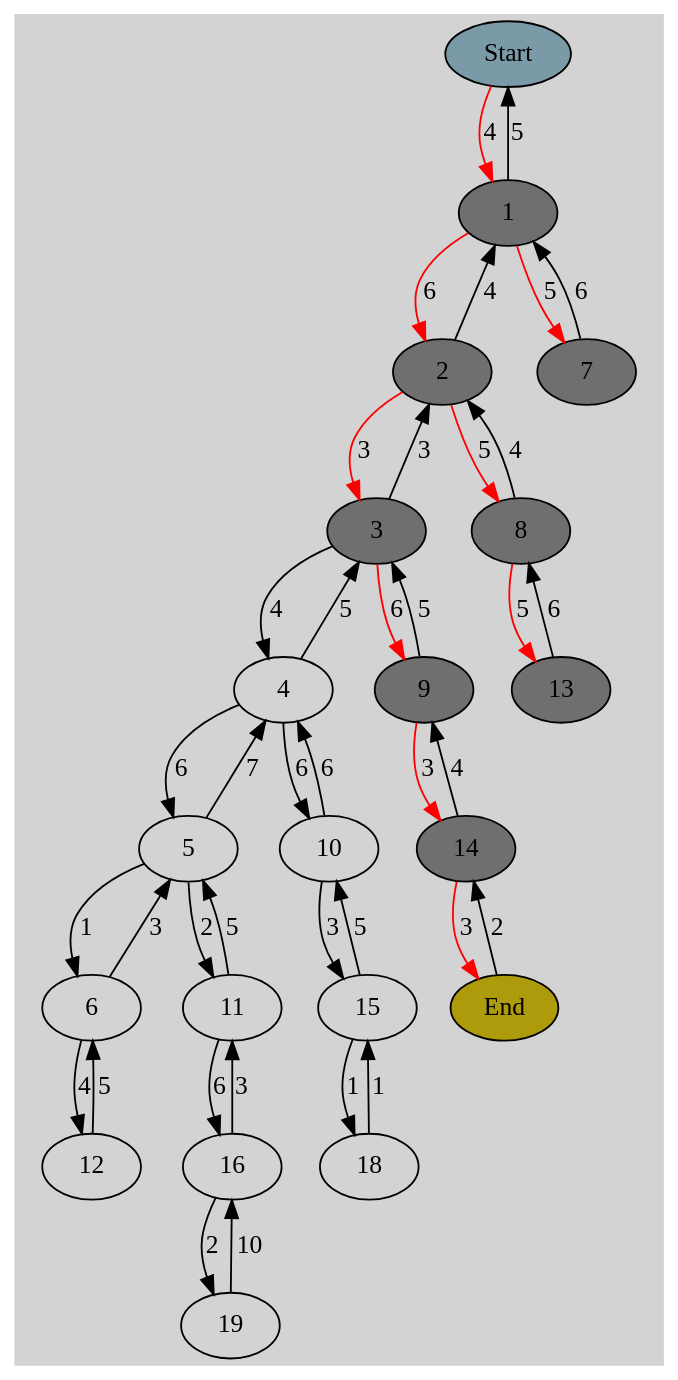
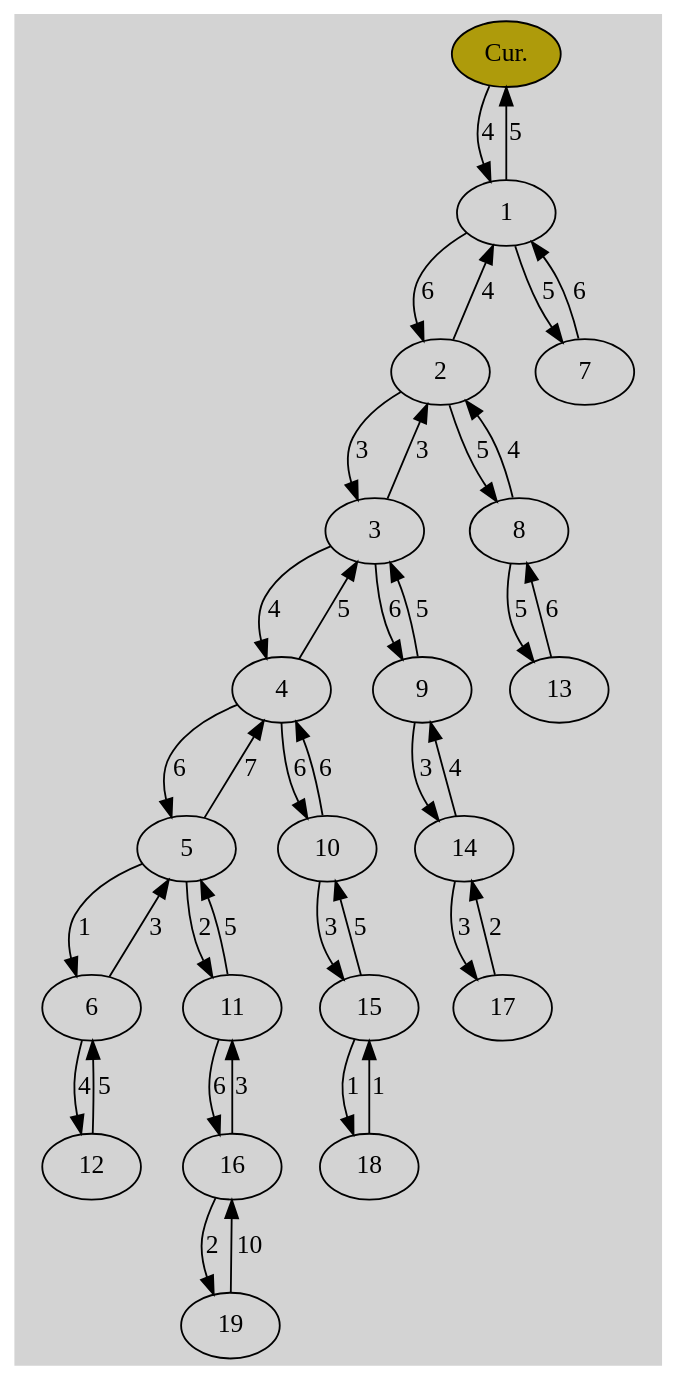
Before and after one commit to William-Thomas-Andrews/Shortest_Path_Algorithms: the diagram in img_gen/g.gv, drawn with Graphviz. The commit also changed 7 other files, not shown here.

```diff
--- a/img_gen/g.gv
+++ b/img_gen/g.gv
@@ -1,119 +1,119 @@
 digraph G {
 	graph [pad="0.212,0.055" bgcolor=lightgray]
 	node [style=filled]
 	splines=true
-	0 [label="Start", fillcolor="#7b9aa7ff"pos="100,200!"]
-	1 [label="1", fillcolor="#6f6f6fff"pos="200,200!"]
-	0 -> 1 [color="red" label="4"]
+	0 [label="End", fillcolor="#7b9aa7ff"fillcolor="#ae9b0bff"pos="100,200!"]
 	1 [label="1", pos="200,200!"]
-	0 [label="Start", fillcolor="#7b9aa7ff"pos="100,200!"]
+	0 -> 1 [color="black" label="4"]
+	1 [label="1", pos="200,200!"]
+	0 [label="Cur.", fillcolor="#7b9aa7ff"fillcolor="#ae9b0bff"pos="100,200!"]
 	1 -> 0 [color="black" label="5"]
-	1 [label="1", fillcolor="#6f6f6fff"pos="200,200!"]
-	2 [label="2", fillcolor="#6f6f6fff"pos="300,200!"]
-	1 -> 2 [color="red" label="6"]
+	1 [label="1", pos="200,200!"]
+	2 [label="2", pos="300,200!"]
+	1 -> 2 [color="black" label="6"]
 	2 [label="2", pos="300,200!"]
 	1 [label="1", pos="200,200!"]
 	2 -> 1 [color="black" label="4"]
-	2 [label="2", fillcolor="#6f6f6fff"pos="300,200!"]
-	3 [label="3", fillcolor="#6f6f6fff"pos="400,200!"]
-	2 -> 3 [color="red" label="3"]
+	2 [label="2", pos="300,200!"]
+	3 [label="3", pos="400,200!"]
+	2 -> 3 [color="black" label="3"]
 	3 [label="3", pos="400,200!"]
 	2 [label="2", pos="300,200!"]
 	3 -> 2 [color="black" label="3"]
 	3 [label="3", pos="400,200!"]
 	4 [label="4", pos="500,200!"]
 	3 -> 4 [color="black" label="4"]
 	4 [label="4", pos="500,200!"]
 	3 [label="3", pos="400,200!"]
 	4 -> 3 [color="black" label="5"]
 	4 [label="4", pos="500,200!"]
 	5 [label="5", pos="600,200!"]
 	4 -> 5 [color="black" label="6"]
 	5 [label="5", pos="600,200!"]
 	4 [label="4", pos="500,200!"]
 	5 -> 4 [color="black" label="7"]
 	5 [label="5", pos="600,200!"]
 	6 [label="6", pos="700,200!"]
 	5 -> 6 [color="black" label="1"]
 	6 [label="6", pos="700,200!"]
 	5 [label="5", pos="600,200!"]
 	6 -> 5 [color="black" label="3"]
-	1 [label="1", fillcolor="#6f6f6fff"pos="200,200!"]
-	7 [label="7", fillcolor="#6f6f6fff"pos="200,300!"]
-	1 -> 7 [color="red" label="5"]
+	1 [label="1", pos="200,200!"]
+	7 [label="7", pos="200,300!"]
+	1 -> 7 [color="black" label="5"]
 	7 [label="7", pos="200,300!"]
 	1 [label="1", pos="200,200!"]
 	7 -> 1 [color="black" label="6"]
-	2 [label="2", fillcolor="#6f6f6fff"pos="300,200!"]
-	8 [label="8", fillcolor="#6f6f6fff"pos="300,300!"]
-	2 -> 8 [color="red" label="5"]
+	2 [label="2", pos="300,200!"]
+	8 [label="8", pos="300,300!"]
+	2 -> 8 [color="black" label="5"]
 	8 [label="8", pos="300,300!"]
 	2 [label="2", pos="300,200!"]
 	8 -> 2 [color="black" label="4"]
-	3 [label="3", fillcolor="#6f6f6fff"pos="400,200!"]
-	9 [label="9", fillcolor="#6f6f6fff"pos="400,300!"]
-	3 -> 9 [color="red" label="6"]
+	3 [label="3", pos="400,200!"]
+	9 [label="9", pos="400,300!"]
+	3 -> 9 [color="black" label="6"]
 	9 [label="9", pos="400,300!"]
 	3 [label="3", pos="400,200!"]
 	9 -> 3 [color="black" label="5"]
 	4 [label="4", pos="500,200!"]
 	10 [label="10", pos="500,300!"]
 	4 -> 10 [color="black" label="6"]
 	10 [label="10", pos="500,300!"]
 	4 [label="4", pos="500,200!"]
 	10 -> 4 [color="black" label="6"]
 	5 [label="5", pos="600,200!"]
 	11 [label="11", pos="600,300!"]
 	5 -> 11 [color="black" label="2"]
 	11 [label="11", pos="600,300!"]
 	5 [label="5", pos="600,200!"]
 	11 -> 5 [color="black" label="5"]
 	6 [label="6", pos="700,200!"]
 	12 [label="12", pos="700,300!"]
 	6 -> 12 [color="black" label="4"]
 	12 [label="12", pos="700,300!"]
 	6 [label="6", pos="700,200!"]
 	12 -> 6 [color="black" label="5"]
-	8 [label="8", fillcolor="#6f6f6fff"pos="300,300!"]
-	13 [label="13", fillcolor="#6f6f6fff"pos="300,400!"]
-	8 -> 13 [color="red" label="5"]
+	8 [label="8", pos="300,300!"]
+	13 [label="13", pos="300,400!"]
+	8 -> 13 [color="black" label="5"]
 	13 [label="13", pos="300,400!"]
 	8 [label="8", pos="300,300!"]
 	13 -> 8 [color="black" label="6"]
-	9 [label="9", fillcolor="#6f6f6fff"pos="400,300!"]
-	14 [label="14", fillcolor="#6f6f6fff"pos="400,400!"]
-	9 -> 14 [color="red" label="3"]
+	9 [label="9", pos="400,300!"]
+	14 [label="14", pos="400,400!"]
+	9 -> 14 [color="black" label="3"]
 	14 [label="14", pos="400,400!"]
 	9 [label="9", pos="400,300!"]
 	14 -> 9 [color="black" label="4"]
 	10 [label="10", pos="500,300!"]
 	15 [label="15", pos="500,400!"]
 	10 -> 15 [color="black" label="3"]
 	15 [label="15", pos="500,400!"]
 	10 [label="10", pos="500,300!"]
 	15 -> 10 [color="black" label="5"]
 	11 [label="11", pos="600,300!"]
 	16 [label="16", pos="600,400!"]
 	11 -> 16 [color="black" label="6"]
 	16 [label="16", pos="600,400!"]
 	11 [label="11", pos="600,300!"]
 	16 -> 11 [color="black" label="3"]
-	14 [label="14", fillcolor="#6f6f6fff"pos="400,400!"]
-	17 [label="End", fillcolor="#ae9b0bff"pos="400,500!"]
-	14 -> 17 [color="red" label="3"]
-	17 [label="End", fillcolor="#ae9b0bff"pos="400,500!"]
+	14 [label="14", pos="400,400!"]
+	17 [label="17", pos="400,500!"]
+	14 -> 17 [color="black" label="3"]
+	17 [label="17", pos="400,500!"]
 	14 [label="14", pos="400,400!"]
 	17 -> 14 [color="black" label="2"]
 	15 [label="15", pos="500,400!"]
 	18 [label="18", pos="500,500!"]
 	15 -> 18 [color="black" label="1"]
 	18 [label="18", pos="500,500!"]
 	15 [label="15", pos="500,400!"]
 	18 -> 15 [color="black" label="1"]
 	16 [label="16", pos="600,400!"]
 	19 [label="19", pos="600,500!"]
 	16 -> 19 [color="black" label="2"]
 	19 [label="19", pos="600,500!"]
 	16 [label="16", pos="600,400!"]
 	19 -> 16 [color="black" label="10"]
 }
```
